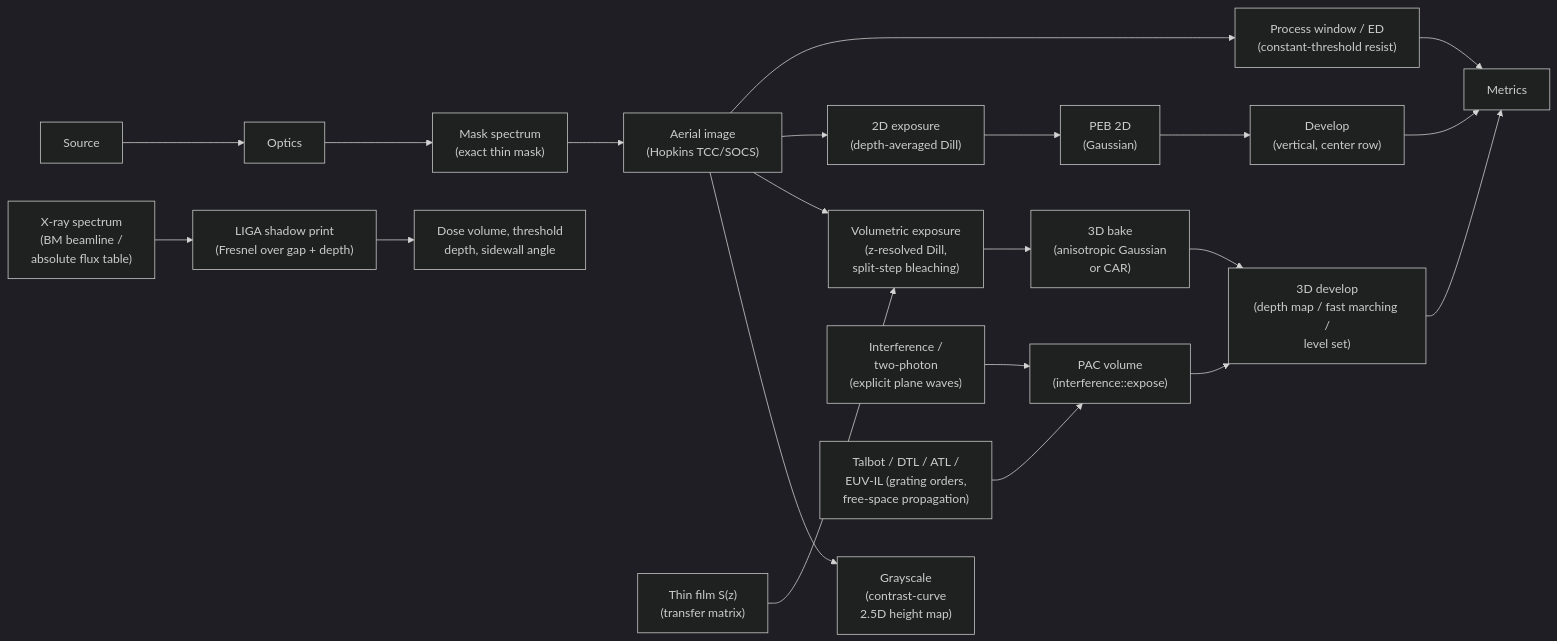
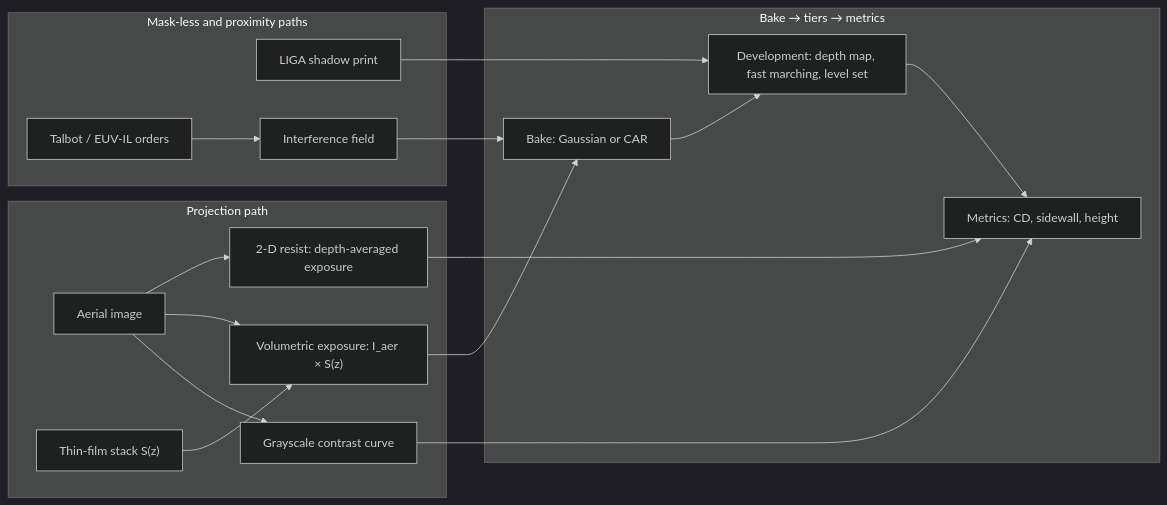
The first of 2 diagrams in docs/processes/index.md (sonoransun/highuvlith), drawn with Mermaid (dark theme) before and after one commit. The commit also changed other lines of this file and 615 other files, not shown here.

````diff
--- a/docs/processes/index.md
+++ b/docs/processes/index.md
@@ -22,20 +120,23 @@
 ```mermaid
 flowchart LR
-    SRC[Source] --> OPT[Optics] --> MSK["Mask spectrum<br/>(exact thin mask)"]
-    MSK --> AER["Aerial image<br/>(Hopkins TCC/SOCS)"]
-    AER --> PW["Process window / ED<br/>(constant-threshold resist)"]
-    AER --> EXP2["2D exposure<br/>(depth-averaged Dill)"]
-    EXP2 --> PEB2["PEB 2D<br/>(Gaussian)"] --> DEV2["Develop<br/>(vertical, center row)"]
-    AER --> EXP3["Volumetric exposure<br/>(z-resolved Dill,<br/>split-step bleaching)"]
-    TF["Thin film S(z)<br/>(transfer matrix)"] --> EXP3
-    EXP3 --> PEB3["3D bake<br/>(anisotropic Gaussian<br/>or CAR)"] --> DEV3["3D develop<br/>(depth map / fast marching /<br/>level set)"]
-    AER --> GRY["Grayscale<br/>(contrast-curve<br/>2.5D height map)"]
-    INT["Interference /<br/>two-photon<br/>(explicit plane waves)"] --> PAC["PAC volume<br/>(interference::expose)"]
-    PAC --> DEV3
-    XS["X-ray spectrum<br/>(BM beamline /<br/>absolute flux table)"] --> LIGA["LIGA shadow print<br/>(Fresnel over gap + depth)"]
-    LIGA --> LDEV["Dose volume, threshold<br/>depth, sidewall angle"]
-    DEV2 --> MET[Metrics]
-    DEV3 --> MET
-    PW --> MET
-    TAL["Talbot / DTL / ATL /<br/>EUV-IL (grating orders,<br/>free-space propagation)"] --> PAC
+    subgraph projection ["Projection path"]
+        aerial["Aerial image"] --> resist2d["2-D resist: depth-averaged exposure"]
+        aerial --> volumetric["Volumetric exposure: I_aer × S(z)"]
+        film["Thin-film stack S(z)"] --> volumetric
+        aerial --> grayscale["Grayscale contrast curve"]
+    end
+    subgraph maskless ["Mask-less and proximity paths"]
+        liga["LIGA shadow print"]
+        interference["Interference field"]
+        talbot["Talbot / EUV-IL orders"]
+    end
+    subgraph shared ["Bake → tiers → metrics"]
+        bake["Bake: Gaussian or CAR"] --> tiers["Development: depth map, fast marching, level set"] --> metrics["Metrics: CD, sidewall, height"]
+    end
+    resist2d --> metrics
+    volumetric --> bake
+    liga --> tiers
+    interference --> bake
+    talbot --> interference
+    grayscale --> metrics
 ```
````
